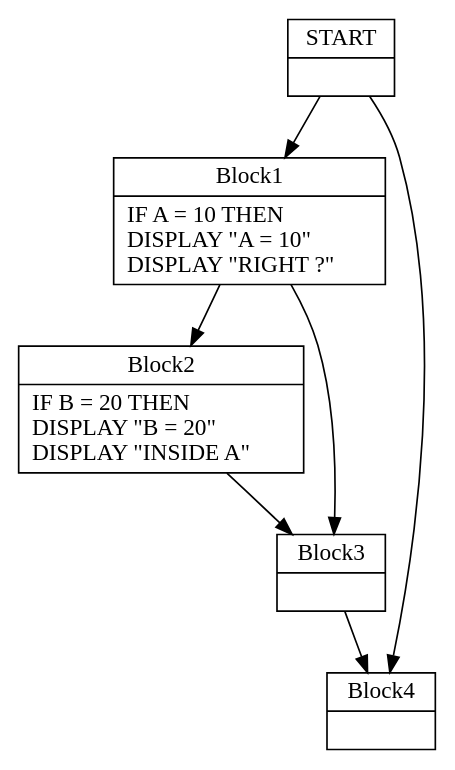
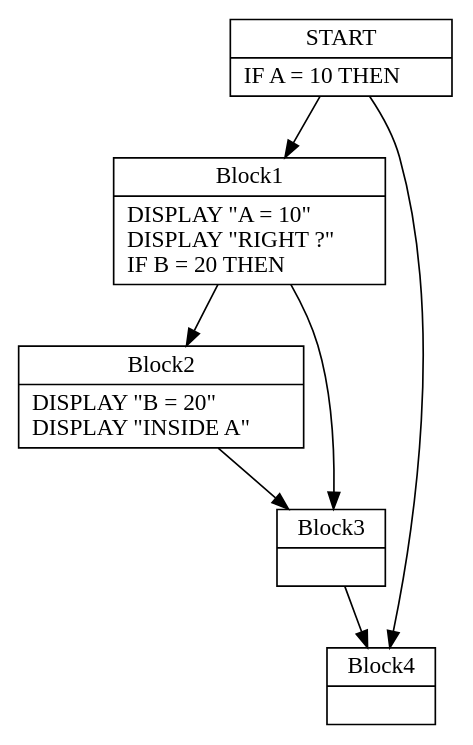
Before and after one commit to TypeCobolTeam/TypeCobol: the diagram in TypeCobol.Analysis.Test/DotOutput/IfThenNested0.dot, drawn with Graphviz. The commit also changed 456 other files, not shown here.

Commit message:
WI #1269 Test CFG dot graphs and visualization.

```diff
--- a/TypeCobol.Analysis.Test/DotOutput/IfThenNested0.dot
+++ b/TypeCobol.Analysis.Test/DotOutput/IfThenNested0.dot
@@ -1,31 +1,31 @@
 digraph Cfg {
 node [
 shape = "record"
 ]
 
 edge [
 arrowtail = "empty"
 ]
 Block0 [
-label = "{START|}"
+label = "{START|    IF A = 10 THEN\l}"
 ]
 Block1 [
-label = "{Block1|    IF A = 10 THEN\l      DISPLAY \"A = 10\"\l      DISPLAY \"RIGHT ?\"\l}"
+label = "{Block1|      DISPLAY \"A = 10\"\l      DISPLAY \"RIGHT ?\"\l      IF B = 20 THEN\l}"
 ]
 Block2 [
-label = "{Block2|      IF B = 20 THEN\l         DISPLAY \"B = 20\"\l         DISPLAY \"INSIDE A\"\l}"
+label = "{Block2|         DISPLAY \"B = 20\"\l         DISPLAY \"INSIDE A\"\l}"
 ]
 Block3 [
 label = "{Block3|}"
 ]
 Block4 [
 label = "{Block4|}"
 ]
 Block0 -> Block1
 Block0 -> Block4
 Block1 -> Block2
 Block1 -> Block3
 Block2 -> Block3
 Block3 -> Block4
 
 }
```
